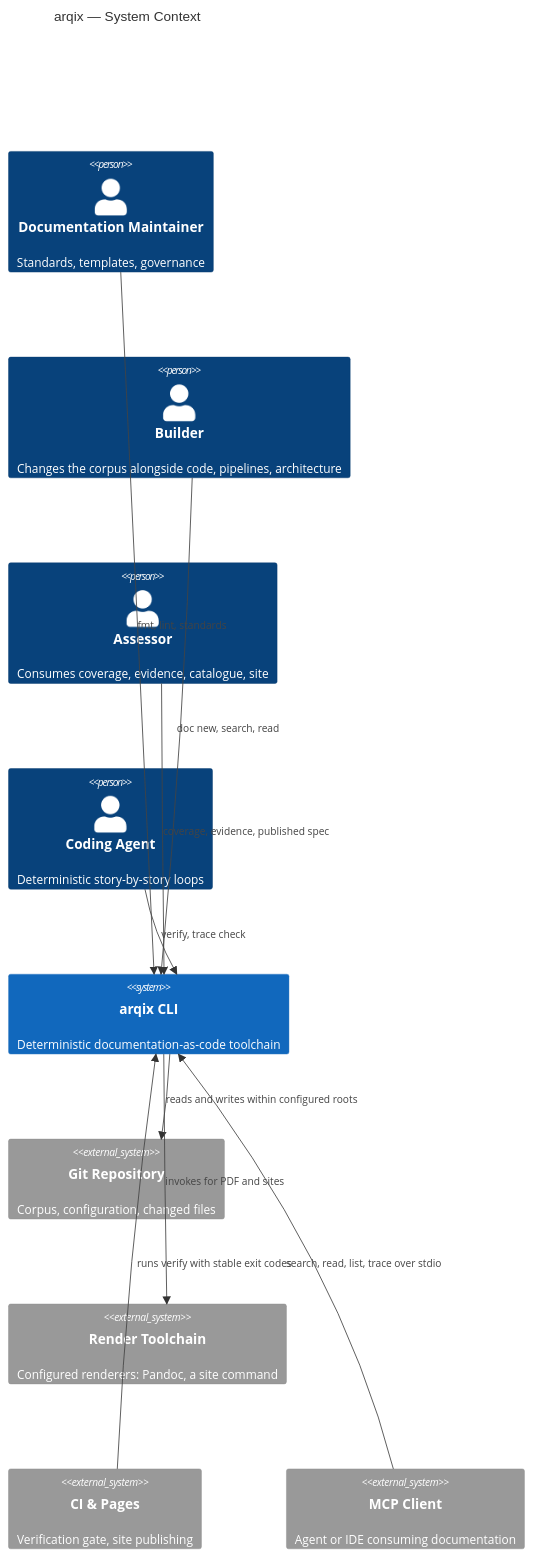
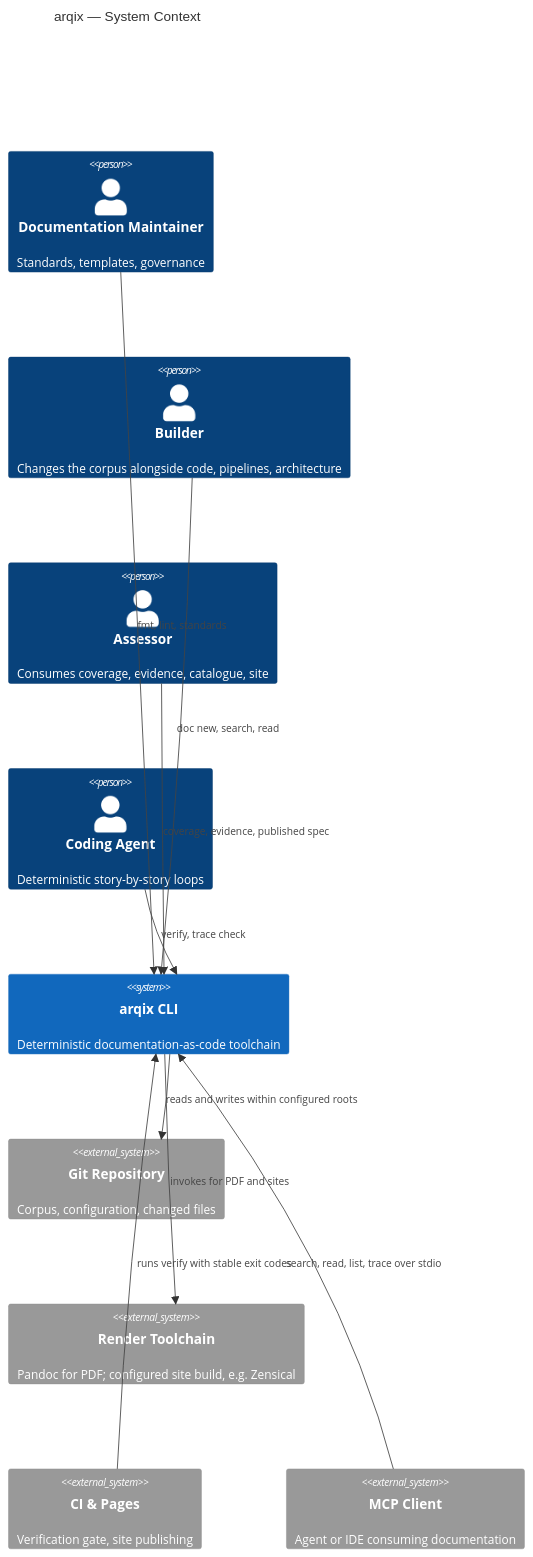
One commit to HenryCFnord/arqix changed the diagram in docs/en/architecture/arc42/units/unit-arc42-03-context-and-scope.md. Above: the diagram before and after it, drawn with Mermaid.

Commit message:
docs: name Zensical as the site-build example in the SystemContext view
Review question on #68: the genericised render node dropped Zensical
entirely, but workspace.dsl still names it as the example and this repo
runs 'zensical build' (arqix.toml, pinned in pages.yml). The Mermaid
node now names Zensical as the configured site-build example, matching
the model — the product stays renderer-agnostic (no built-in renderer;
site-command is configuration), Zensical is the recommended default and
what arqix.dev uses.

Claude-Session: https://claude.ai/code/session_01Gie4jfrHKCxQktD2UsvH4Q

````diff
--- a/docs/en/architecture/arc42/units/unit-arc42-03-context-and-scope.md
+++ b/docs/en/architecture/arc42/units/unit-arc42-03-context-and-scope.md
@@ -35,21 +35,21 @@
 ```mermaid
 C4Context
     title arqix — System Context
     Person(maintainer, "Documentation Maintainer", "Standards, templates, governance")
     Person(builder, "Builder", "Changes the corpus alongside code, pipelines, architecture")
     Person(assessor, "Assessor", "Consumes coverage, evidence, catalogue, site")
     Person(agent, "Coding Agent", "Deterministic story-by-story loops")
     System(arqix, "arqix CLI", "Deterministic documentation-as-code toolchain")
     System_Ext(gitRepo, "Git Repository", "Corpus, configuration, changed files")
-    System_Ext(render, "Render Toolchain", "Configured renderers: Pandoc, a site command")
+    System_Ext(render, "Render Toolchain", "Pandoc for PDF; configured site build, e.g. Zensical")
     System_Ext(ci, "CI & Pages", "Verification gate, site publishing")
     System_Ext(mcp, "MCP Client", "Agent or IDE consuming documentation")
     Rel(maintainer, arqix, "fmt, lint, standards")
     Rel(builder, arqix, "doc new, search, read")
     Rel(assessor, arqix, "coverage, evidence, published spec")
     Rel(agent, arqix, "verify, trace check")
     Rel(arqix, gitRepo, "reads and writes within configured roots")
     Rel(arqix, render, "invokes for PDF and sites")
     Rel(ci, arqix, "runs verify with stable exit codes")
     Rel(mcp, arqix, "search, read, list, trace over stdio")
 ```
````
